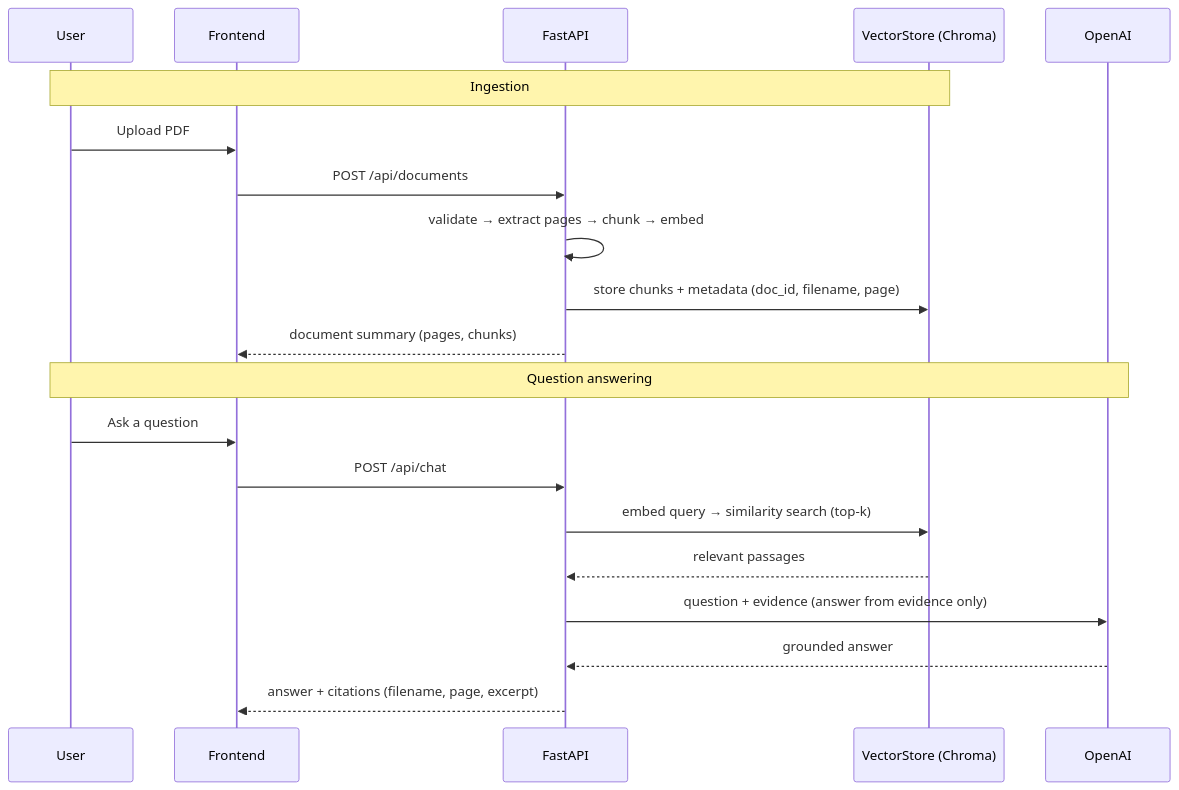
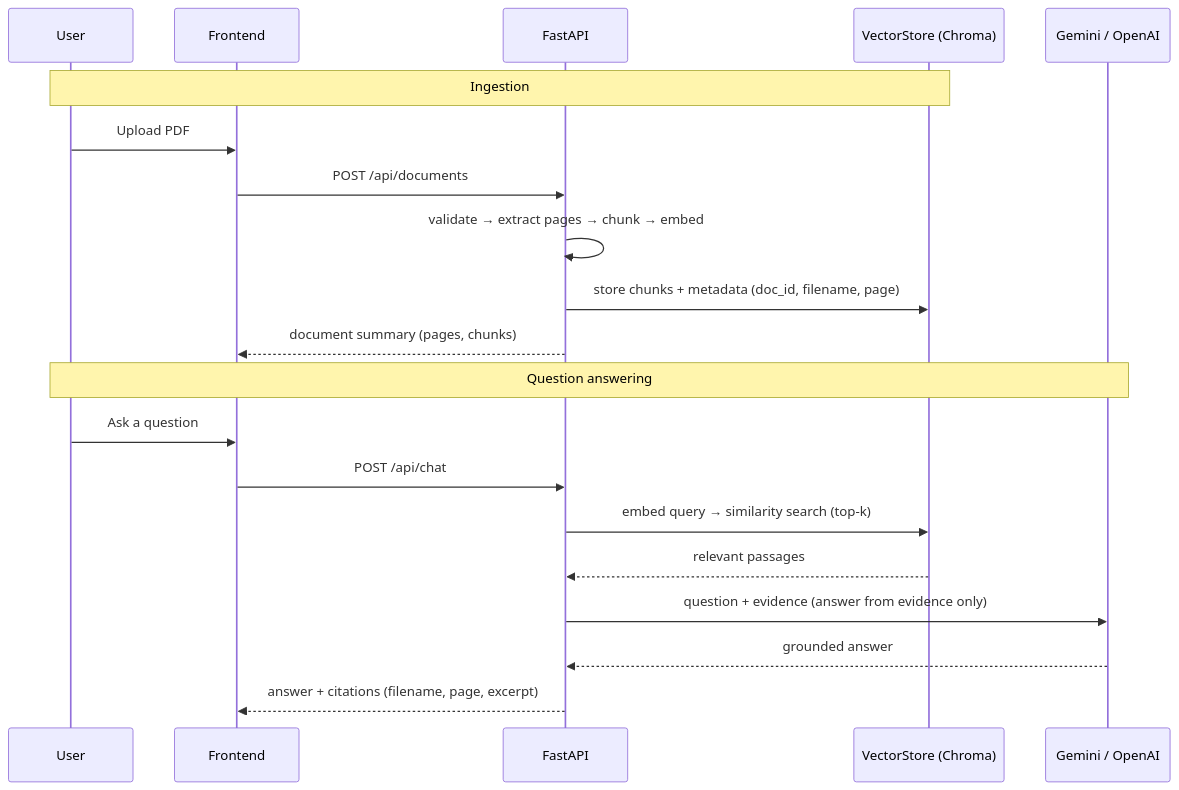
The second of 2 diagrams in README.md (Shivank-Garg45/Documind-AI), drawn with Mermaid before and after one commit. The commit also changed other lines of this file, not shown here.

Commit message:
Update README to reflect Gemini as default LLM provider

````diff
--- a/README.md
+++ b/README.md
@@ -96,24 +96,24 @@
 ```mermaid
 sequenceDiagram
     participant U as User
     participant F as Frontend
     participant A as FastAPI
     participant VS as VectorStore (Chroma)
-    participant LLM as OpenAI
+    participant LLM as Gemini / OpenAI
 
     Note over U,VS: Ingestion
     U->>F: Upload PDF
     F->>A: POST /api/documents
     A->>A: validate → extract pages → chunk → embed
     A->>VS: store chunks + metadata (doc_id, filename, page)
     A-->>F: document summary (pages, chunks)
 
     Note over U,LLM: Question answering
     U->>F: Ask a question
     F->>A: POST /api/chat
     A->>VS: embed query → similarity search (top-k)
     VS-->>A: relevant passages
     A->>LLM: question + evidence (answer from evidence only)
     LLM-->>A: grounded answer
     A-->>F: answer + citations (filename, page, excerpt)
 ```
````
